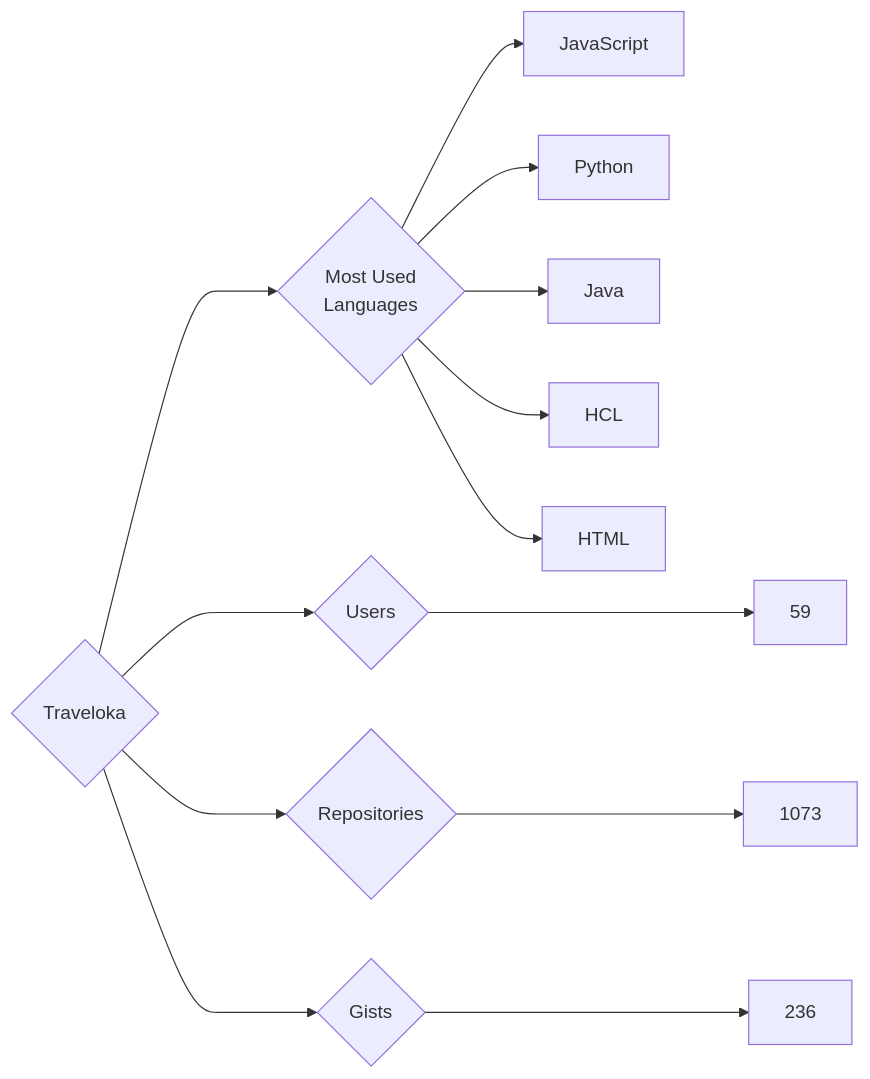
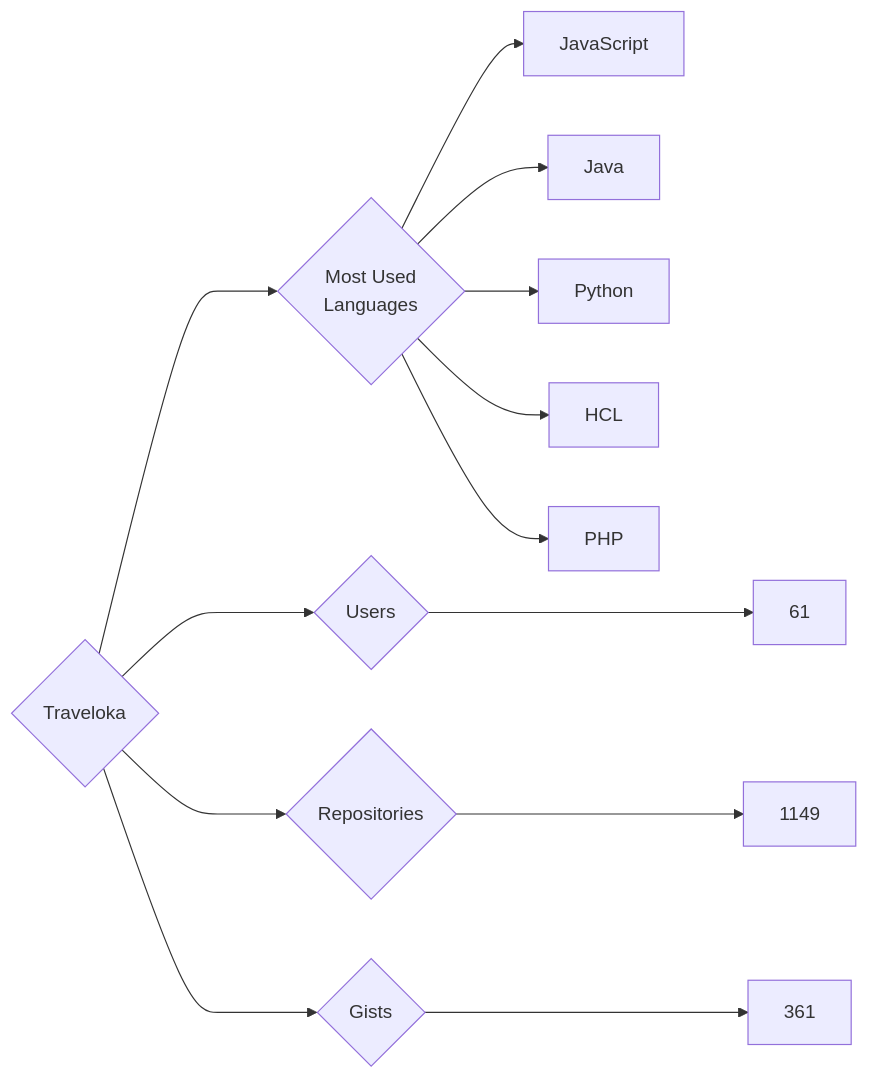
The diagram in targets/Traveloka/README.md (trickest/insiders), drawn with Mermaid before and after one commit. The commit also changed 976 other files, not shown here.

````diff
--- a/targets/Traveloka/README.md
+++ b/targets/Traveloka/README.md
@@ -3,13 +3,13 @@
 ```mermaid
 graph LR
 COMPANY_NAME{Traveloka}
-COMPANY_NAME ---> U{Users} ---> UN[59]
-COMPANY_NAME ---> R{Repositories} ---> RN[1073]
-COMPANY_NAME ---> G{Gists} ---> GN[236]
+COMPANY_NAME ---> U{Users} ---> UN[61]
+COMPANY_NAME ---> R{Repositories} ---> RN[1149]
+COMPANY_NAME ---> G{Gists} ---> GN[361]
 COMPANY_NAME ---> ML{Most Used<br>Languages}
 ML --> JavaScript[JavaScript]
+ML --> Java[Java]
 ML --> Python[Python]
-ML --> Java[Java]
 ML --> HCL[HCL]
-ML --> HTML[HTML]
+ML --> PHP[PHP]
 ```
````
